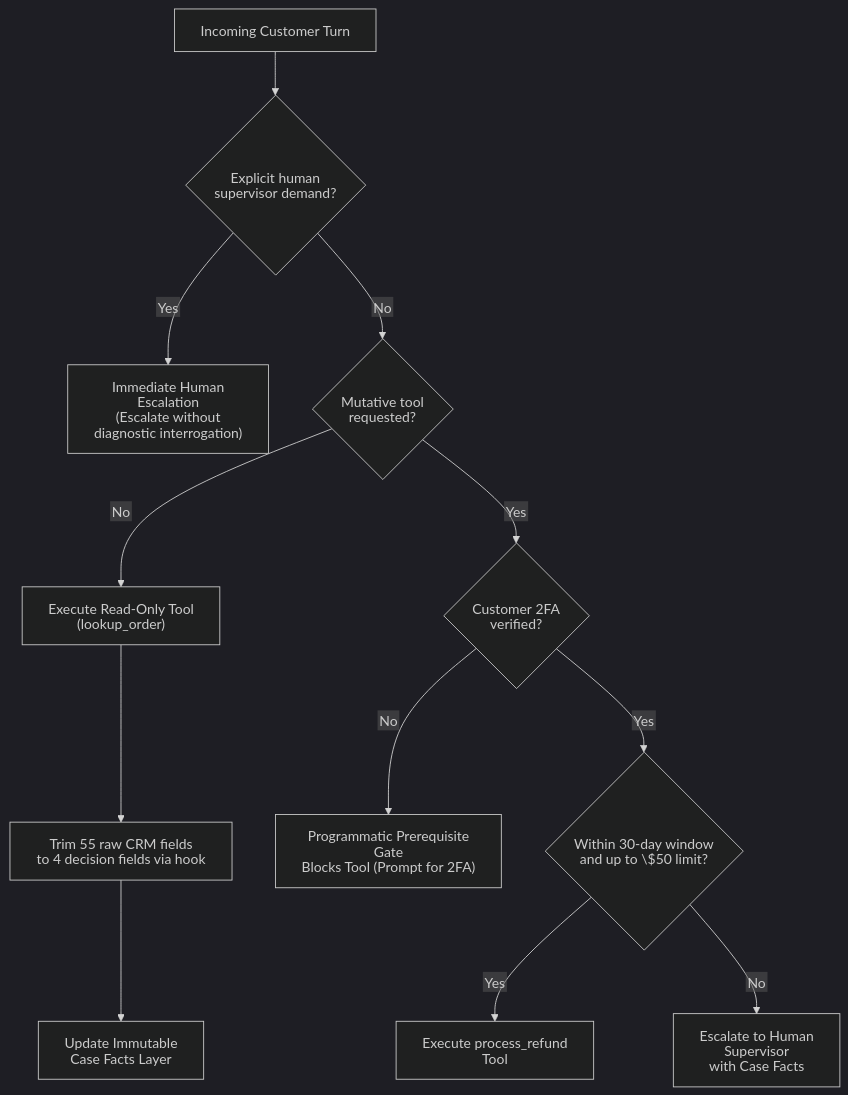
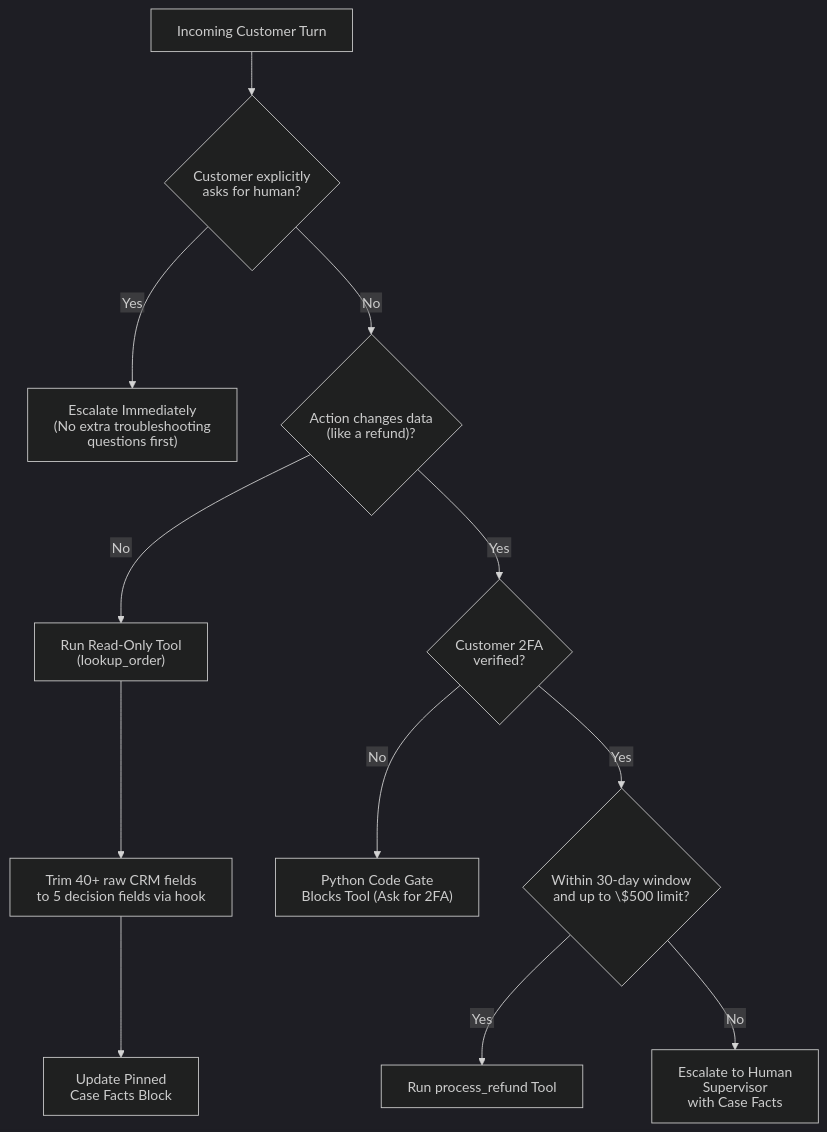
One commit to dip4k/claude_cert_architect_foundation_prep changed the fourth of 6 diagrams in scenarios/MASTER_SCENARIO_PRACTICE.md. Above: the diagram before and after it, drawn with Mermaid (dark theme). The commit also changed other lines of this file and 13 other files, not shown here.

````diff
--- a/scenarios/MASTER_SCENARIO_PRACTICE.md
+++ b/scenarios/MASTER_SCENARIO_PRACTICE.md
@@ -147,20 +156,20 @@
 ```mermaid
 ---
 config:
   htmlLabels: false
 ---
 flowchart TD
-    UserTurn["Incoming Customer Turn"] --> DemandHuman{"Explicit human<br>supervisor demand?"}
-    DemandHuman -- "Yes" --> Escalate["Immediate Human Escalation<br>(Escalate without<br>diagnostic interrogation)"]
+    UserTurn["Incoming Customer Turn"] --> DemandHuman{"Customer explicitly<br>asks for human?"}
+    DemandHuman -- "Yes" --> Escalate["Escalate Immediately<br>(No extra troubleshooting<br>questions first)"]
     
-    DemandHuman -- "No" --> IntentCheck{"Mutative tool<br>requested?"}
-    IntentCheck -- "No" --> ReadOnlyTool["Execute Read-Only Tool<br>(lookup_order)"]
-    ReadOnlyTool --> Trim["Trim 55 raw CRM fields<br>to 4 decision fields via hook"]
-    Trim --> UpdateFacts["Update Immutable<br>Case Facts Layer"]
+    DemandHuman -- "No" --> IntentCheck{"Action changes data<br>(like a refund)?"}
+    IntentCheck -- "No" --> ReadOnlyTool["Run Read-Only Tool<br>(lookup_order)"]
+    ReadOnlyTool --> Trim["Trim 40+ raw CRM fields<br>to 5 decision fields via hook"]
+    Trim --> UpdateFacts["Update Pinned<br>Case Facts Block"]
     
     IntentCheck -- "Yes" --> AuthCheck{"Customer 2FA<br>verified?"}
-    AuthCheck -- "No" --> AuthGate["Programmatic Prerequisite Gate<br>Blocks Tool (Prompt for 2FA)"]
-    AuthCheck -- "Yes" --> PolicyCheck{"Within 30-day window<br>and up to \$50 limit?"}
-    PolicyCheck -- "Yes" --> ExecuteRefund["Execute process_refund Tool"]
+    AuthCheck -- "No" --> AuthGate["Python Code Gate<br>Blocks Tool (Ask for 2FA)"]
+    AuthCheck -- "Yes" --> PolicyCheck{"Within 30-day window<br>and up to \$500 limit?"}
+    PolicyCheck -- "Yes" --> ExecuteRefund["Run process_refund Tool"]
     PolicyCheck -- "No" --> PolicyEscalate["Escalate to Human Supervisor<br>with Case Facts"]
 ```
````
